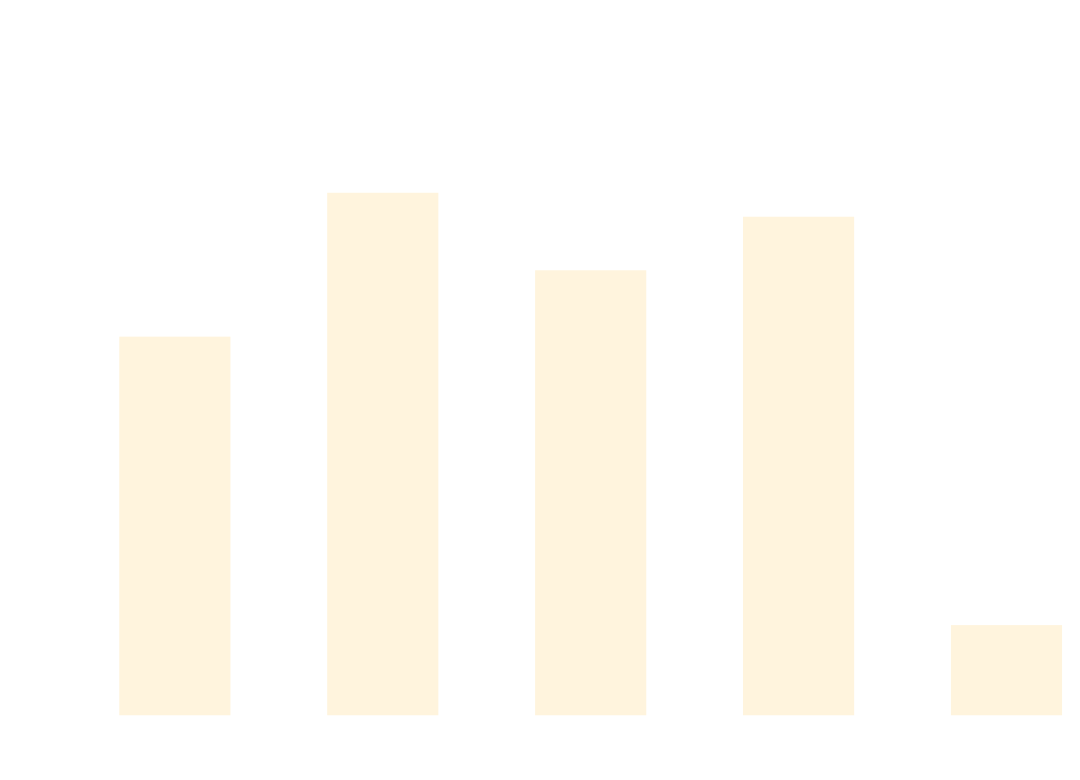
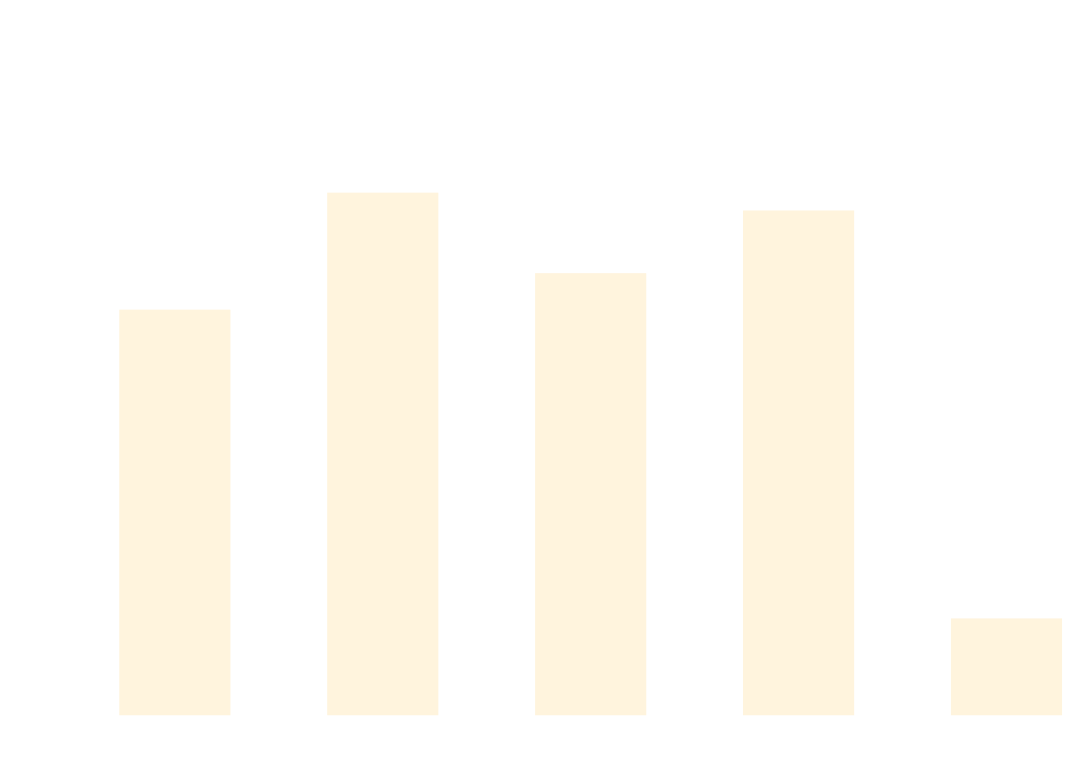
One commit to thomhurst/TUnit changed the diagram in docs/docs/benchmarks/AsyncTests.md. Above: the diagram before and after it, drawn with Mermaid. The commit also changed other lines of this file and 17 other files, not shown here.

````diff
--- a/docs/docs/benchmarks/AsyncTests.md
+++ b/docs/docs/benchmarks/AsyncTests.md
@@ -27,37 +27,37 @@
 ```mermaid
 %%{init: {
   'theme':'base',
   'themeVariables': {
     'primaryColor': '#2563eb',
     'primaryTextColor': '#ffffff',
     'primaryBorderColor': '#1e40af',
     'lineColor': '#6b7280',
     'secondaryColor': '#7c3aed',
     'tertiaryColor': '#dc2626',
     'background': '#ffffff',
     'mainBkg': '#2563eb',
     'secondBkg': '#7c3aed',
     'tertiaryBkg': '#dc2626',
     'clusterBkg': '#f3f4f6',
     'edgeLabelBackground': '#ffffff',
     'tertiaryTextColor': '#1f2937',
     'pie1': '#2563eb',
     'pie2': '#7c3aed',
     'pie3': '#dc2626',
     'pie4': '#f59e0b',
     'pie5': '#10b981',
     'pie6': '#06b6d4',
     'pie7': '#ec4899',
     'pie8': '#6366f1',
     'pie9': '#84cc16',
     'pie10': '#f97316',
     'pie11': '#14b8a6',
     'pie12': '#a855f7'
   }
 }}%%
 xychart-beta
   title "AsyncTests Performance Comparison"
   x-axis ["TUnit", "NUnit", "MSTest", "xUnit3", "TUnit_AOT"]
-  y-axis "Time (ms)" 0 --> 975
-  bar [583, 811.7, 688.5, 773.6, 124.6]
+  y-axis "Time (ms)" 0 --> 884
+  bar [567.5, 736.1, 620.1, 710.4, 122.6]
 ```
````
